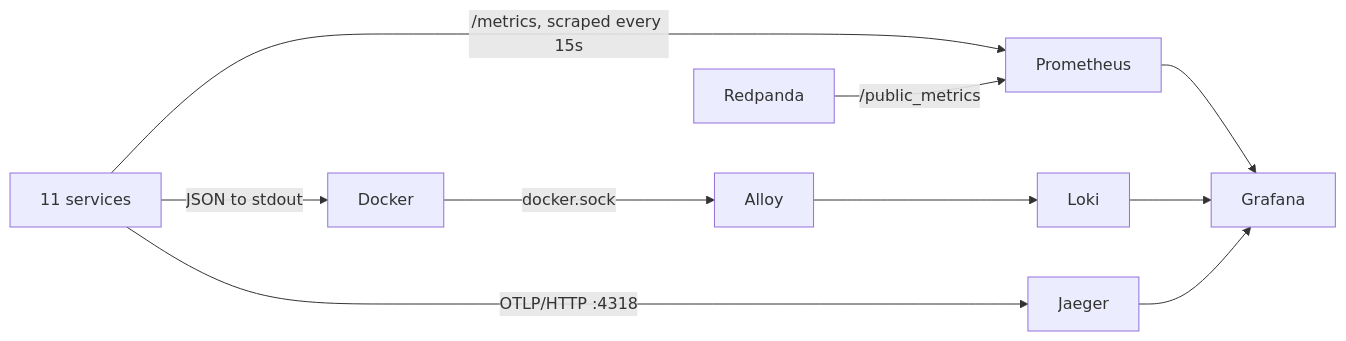
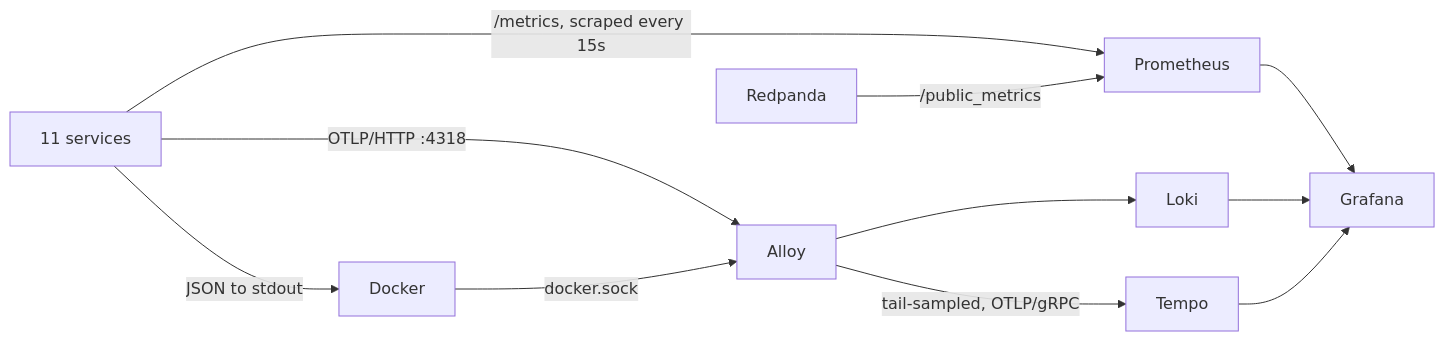
Before and after one commit to vahan-sahakyan/distributed-social-network: the diagram in docs/observability.md, drawn with Mermaid. The commit also changed other lines of this file and 18 other files, not shown here.

Commit message:
[feat] traces: alloy as the otlp entry with tail sampling, tempo with storage replaces jaeger (#85)

````diff
--- a/docs/observability.md
+++ b/docs/observability.md
@@ -43,11 +42,12 @@
 ```mermaid
 graph LR
     Svc[11 services] -->|/metrics, scraped every 15s| Prom[Prometheus]
     Redpanda -->|/public_metrics| Prom
-    Svc -->|OTLP/HTTP :4318| Jaeger
+    Svc -->|OTLP/HTTP :4318| Alloy
+    Alloy -->|tail-sampled, OTLP/gRPC| Tempo
     Svc -->|JSON to stdout| Docker
     Docker -->|docker.sock| Alloy --> Loki
     Prom --> Grafana
     Loki --> Grafana
-    Jaeger --> Grafana
+    Tempo --> Grafana
 ```
````
